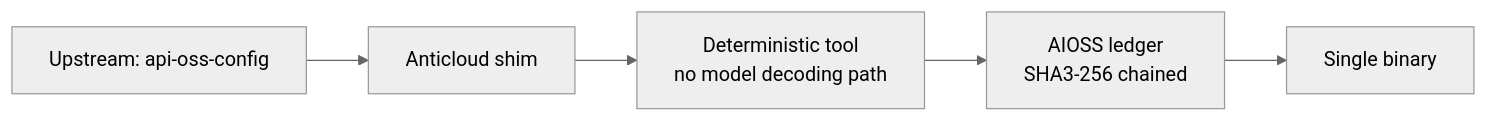
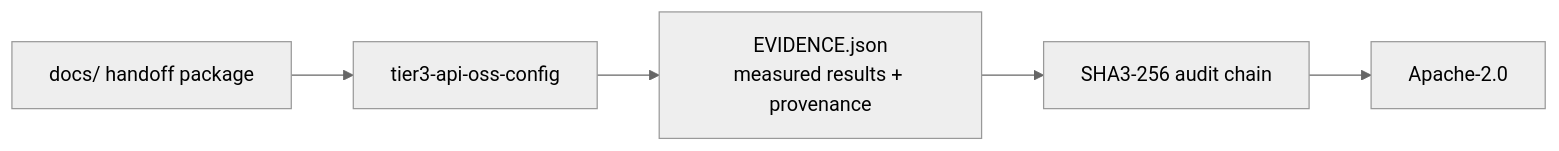
Before and after one commit to the-anticloud/tier3-api-oss-config: the diagram in README.md, drawn with Mermaid (neutral theme). The commit also changed other lines of this file and 10 other files, not shown here.

````diff
--- a/README.md
+++ b/README.md
@@ -11,7 +22,7 @@
 ```mermaid
 graph LR
-    U[Upstream: api-oss-config] --> S[Anticloud shim]
-    S --> T[Deterministic tool<br/>no model decoding path]
-    T --> A[AIOSS ledger<br/>SHA3-256 chained]
-    A --> B[Single binary]
+    D[docs/ handoff package] --> R[tier3-api-oss-config]
+    R --> E[EVIDENCE.json\nmeasured results + provenance]
+    E --> A[SHA3-256 audit chain]
+    A --> L[Apache-2.0]
 ```
````
